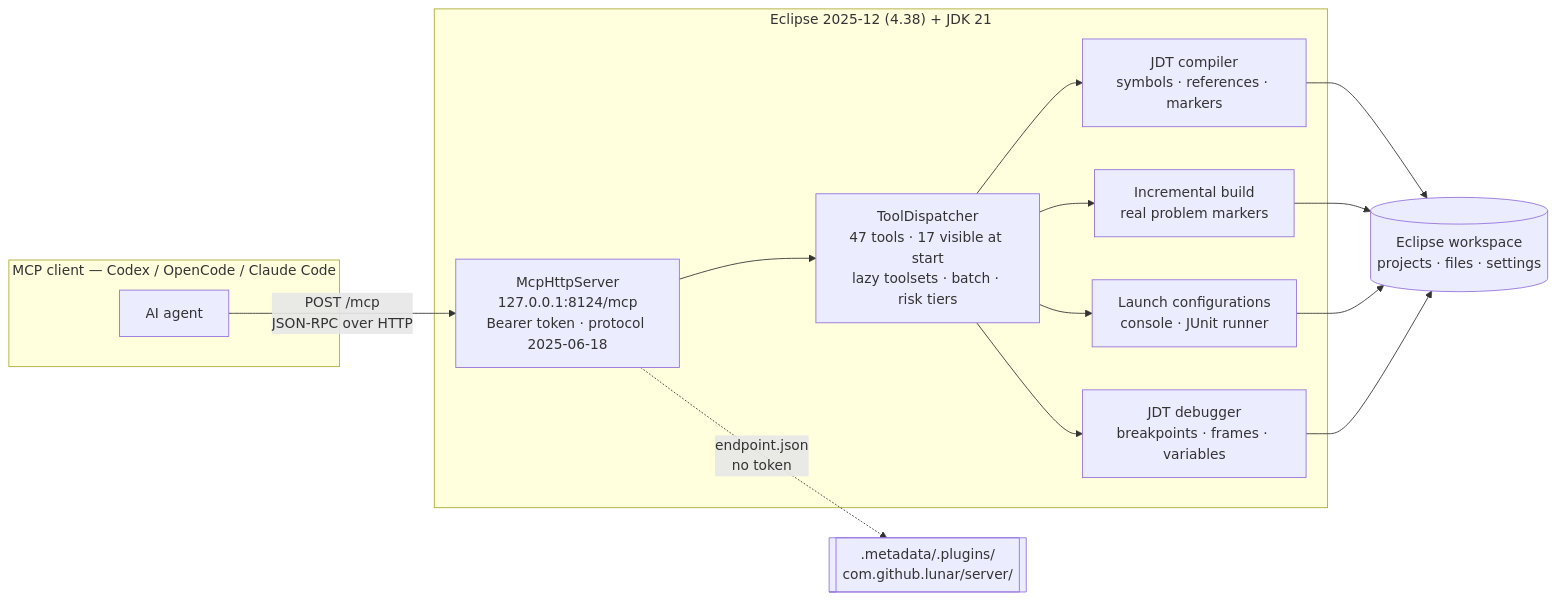
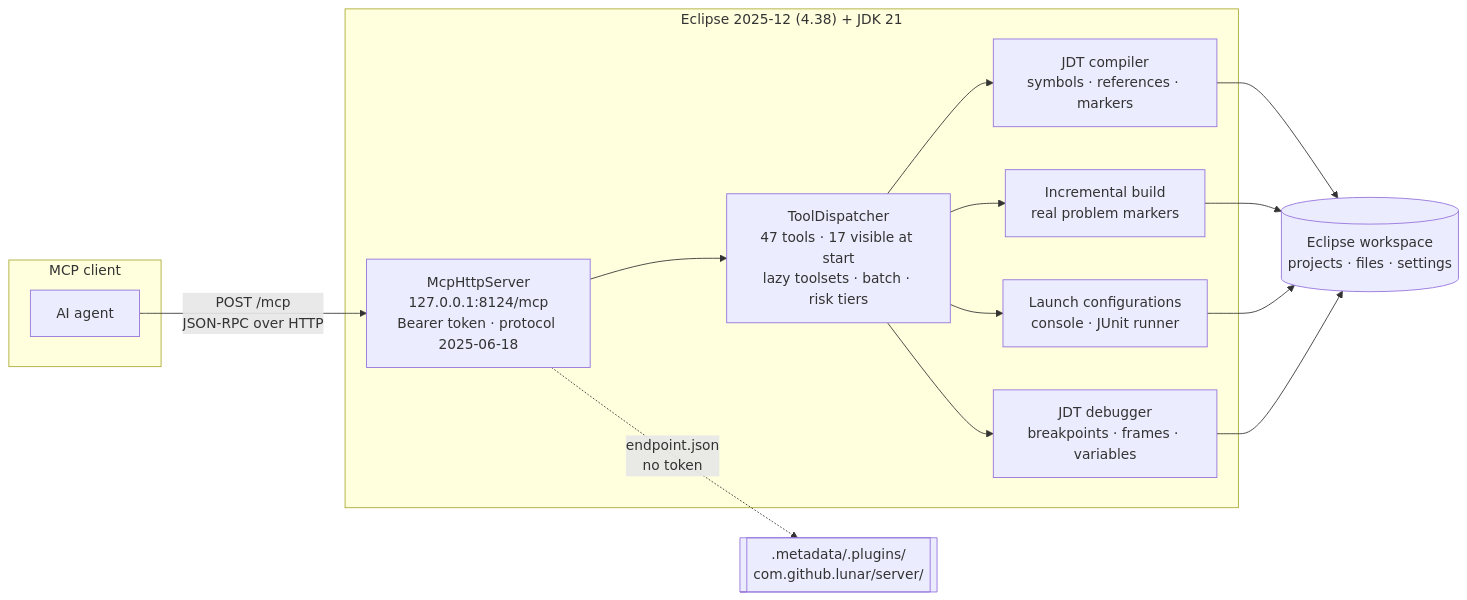
One commit to illocean/lunar-mcp changed the diagram in README.md. Above: the diagram before and after it, drawn with Mermaid. The commit also changed other lines of this file and 2 other files, not shown here.

````diff
--- a/README.md
+++ b/README.md
@@ -7,20 +13,20 @@
 ```mermaid
 flowchart LR
-    subgraph client["MCP client — Codex / OpenCode / Claude Code"]
+    subgraph client["MCP client"]
         agent["AI agent"]
     end
 
     subgraph host["Eclipse 2025-12 (4.38) + JDK 21"]
         http["McpHttpServer<br/>127.0.0.1:8124/mcp<br/>Bearer token · protocol 2025-06-18"]
         toolset["ToolDispatcher<br/>47 tools · 17 visible at start<br/>lazy toolsets · batch · risk tiers"]
         jdt["JDT compiler<br/>symbols · references · markers"]
         build["Incremental build<br/>real problem markers"]
         run["Launch configurations<br/>console · JUnit runner"]
         dbg["JDT debugger<br/>breakpoints · frames · variables"]
         http --> toolset --> jdt & build & run & dbg
     end
 
     agent -- "POST /mcp<br/>JSON-RPC over HTTP" --> http
     jdt & build & run & dbg --> state[("Eclipse workspace<br/>projects · files · settings")]
     http -. "endpoint.json<br/>no token" .-> disk[[" .metadata/.plugins/<br/>com.github.lunar/server/"]]
 ```
````
